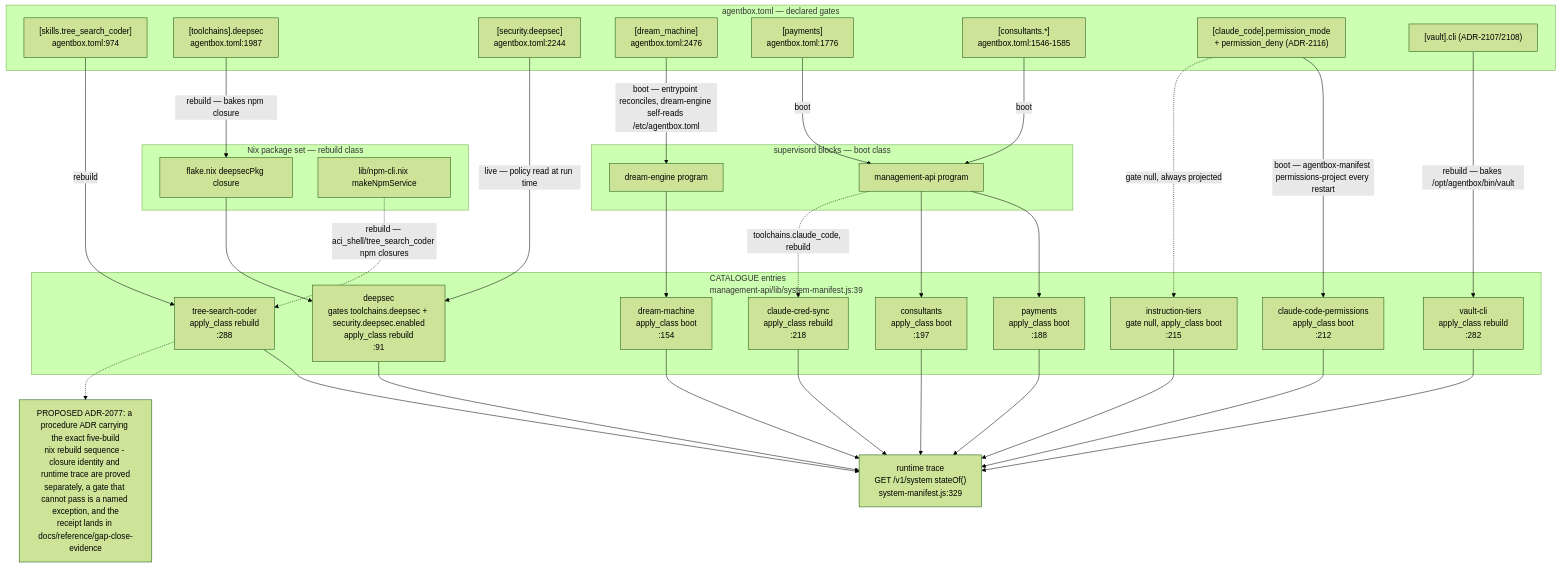
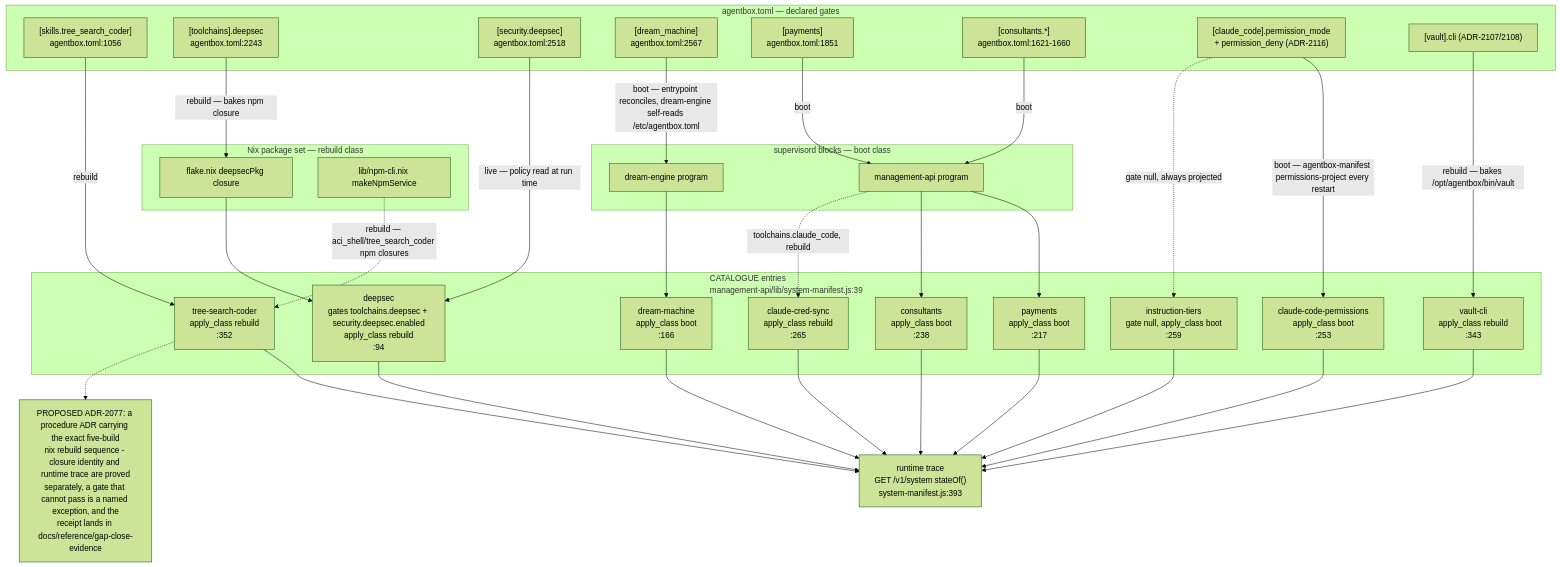
Before and after one commit to DreamLab-AI/VisionFlow: the first of 15 diagrams in docs/diagrams/agentbox/15-capability-gating-spend-consultants.md, drawn with Mermaid (forest theme). The commit also changed other lines of this file and 160 other files, not shown here.

````diff
--- a/docs/diagrams/agentbox/15-capability-gating-spend-consultants.md
+++ b/docs/diagrams/agentbox/15-capability-gating-spend-consultants.md
@@ -52,61 +54,61 @@
 ```mermaid
 flowchart TD
     subgraph M["agentbox.toml — declared gates"]
-        M1["[skills.tree_search_coder]<br/>agentbox.toml:974"]
-        M2["[toolchains].deepsec<br/>agentbox.toml:1987"]
-        M3["[security.deepsec]<br/>agentbox.toml:2244"]
-        M4["[dream_machine]<br/>agentbox.toml:2476"]
-        M5["[payments]<br/>agentbox.toml:1776"]
-        M6["[consultants.*]<br/>agentbox.toml:1546-1585"]
+        M1["[skills.tree_search_coder]<br/>agentbox.toml:1056"]
+        M2["[toolchains].deepsec<br/>agentbox.toml:2243"]
+        M3["[security.deepsec]<br/>agentbox.toml:2518"]
+        M4["[dream_machine]<br/>agentbox.toml:2567"]
+        M5["[payments]<br/>agentbox.toml:1851"]
+        M6["[consultants.*]<br/>agentbox.toml:1621-1660"]
         M7["[claude_code].permission_mode<br/>+ permission_deny (ADR-2116)"]
         M8["[vault].cli (ADR-2107/2108)"]
     end
     subgraph N["Nix package set — rebuild class"]
         N1["flake.nix deepsecPkg closure"]
         N2["lib/npm-cli.nix makeNpmService"]
     end
     subgraph S["supervisord blocks — boot class"]
         S1["dream-engine program"]
         S2["management-api program"]
     end
     subgraph C["CATALOGUE entries<br/>management-api/lib/system-manifest.js:39"]
-        C1["tree-search-coder<br/>apply_class rebuild<br/>:288"]
-        C2["deepsec<br/>gates toolchains.deepsec + security.deepsec.enabled<br/>apply_class rebuild<br/>:91"]
-        C3["dream-machine<br/>apply_class boot<br/>:154"]
-        C4["payments<br/>apply_class boot<br/>:188"]
-        C5["consultants<br/>apply_class boot<br/>:197"]
-        C6["claude-code-permissions<br/>apply_class boot<br/>:212"]
-        C7["instruction-tiers<br/>gate null, apply_class boot<br/>:215"]
-        C8["claude-cred-sync<br/>apply_class rebuild<br/>:218"]
-        C9["vault-cli<br/>apply_class rebuild<br/>:282"]
+        C1["tree-search-coder<br/>apply_class rebuild<br/>:352"]
+        C2["deepsec<br/>gates toolchains.deepsec + security.deepsec.enabled<br/>apply_class rebuild<br/>:94"]
+        C3["dream-machine<br/>apply_class boot<br/>:166"]
+        C4["payments<br/>apply_class boot<br/>:217"]
+        C5["consultants<br/>apply_class boot<br/>:238"]
+        C6["claude-code-permissions<br/>apply_class boot<br/>:253"]
+        C7["instruction-tiers<br/>gate null, apply_class boot<br/>:259"]
+        C8["claude-cred-sync<br/>apply_class rebuild<br/>:265"]
+        C9["vault-cli<br/>apply_class rebuild<br/>:343"]
     end
-    R["runtime trace<br/>GET /v1/system stateOf()<br/>system-manifest.js:329"]
+    R["runtime trace<br/>GET /v1/system stateOf()<br/>system-manifest.js:393"]
 
     M1 -->|"rebuild"| C1
     M2 -->|"rebuild — bakes npm closure"| N1
     N1 --> C2
     M3 -->|"live — policy read at run time"| C2
     M4 -->|"boot — entrypoint reconciles, dream-engine self-reads /etc/agentbox.toml"| S1
     S1 --> C3
     M5 -->|"boot"| S2
     S2 --> C4
     M6 -->|"boot"| S2
     S2 --> C5
     M7 -->|"boot — agentbox-manifest permissions-project every restart"| C6
     M7 -.->|"gate null, always projected"| C7
     M8 -->|"rebuild — bakes /opt/agentbox/bin/vault"| C9
     S2 -.->|"toolchains.claude_code, rebuild"| C8
     C1 --> R
     C2 --> R
     C3 --> R
     C4 --> R
     C5 --> R
     C6 --> R
     C7 --> R
     C8 --> R
     C9 --> R
     N2 -.->|"rebuild — aci_shell/tree_search_coder npm closures"| C1
 
     note1["PROPOSED ADR-2077: a procedure ADR carrying the exact five-build<br/>nix rebuild sequence - closure identity and runtime trace are proved<br/>separately, a gate that cannot pass is a named exception, and the<br/>receipt lands in docs/reference/gap-close-evidence"]
     C1 -.-> note1
 ```
````
